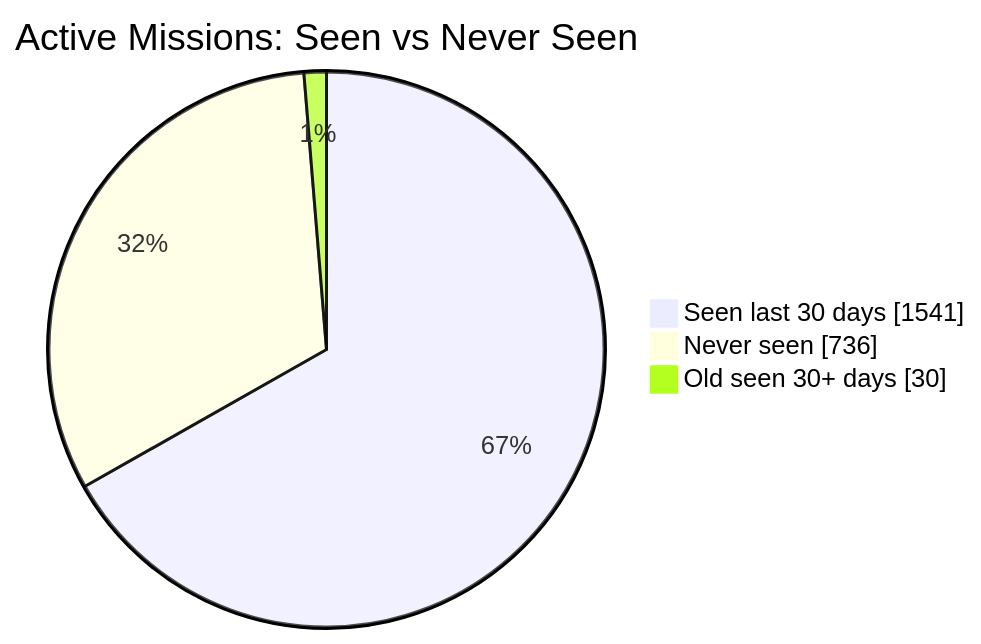
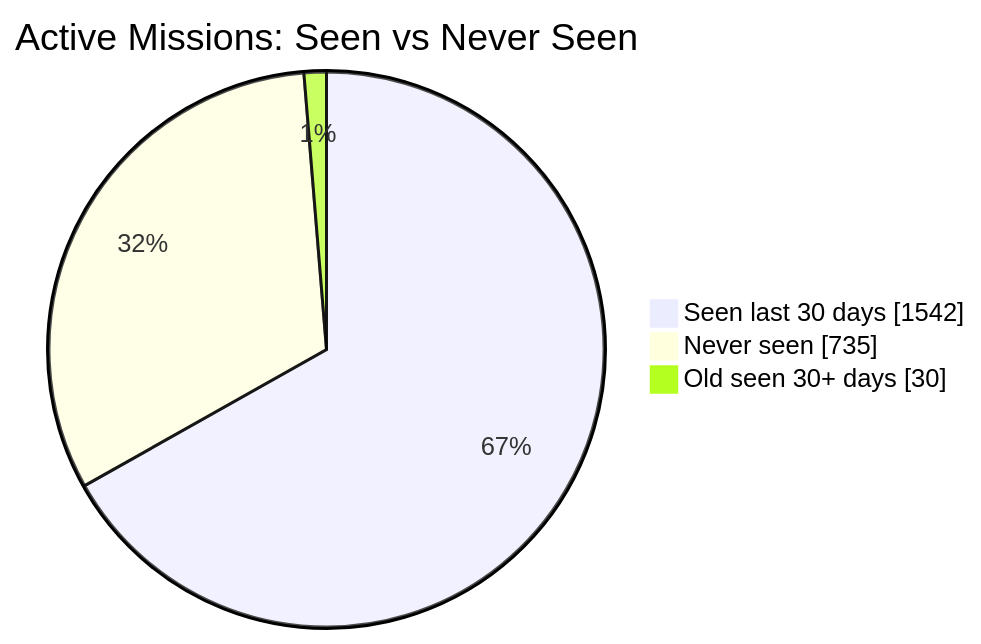
Before and after one commit to MeldkamerspelGameTeam/active-missions: the first of 2 diagrams in README.md, drawn with Mermaid. The commit also changed other lines of this file and 2 other files, not shown here.

````diff
--- a/README.md
+++ b/README.md
@@ -34,7 +34,7 @@
 ```mermaid
 pie showData
     title Active Missions: Seen vs Never Seen
-    "Seen last 30 days" : 1541
-    "Never seen" : 736
+    "Seen last 30 days" : 1542
+    "Never seen" : 735
     "Old seen 30+ days" : 30
 ```
````
